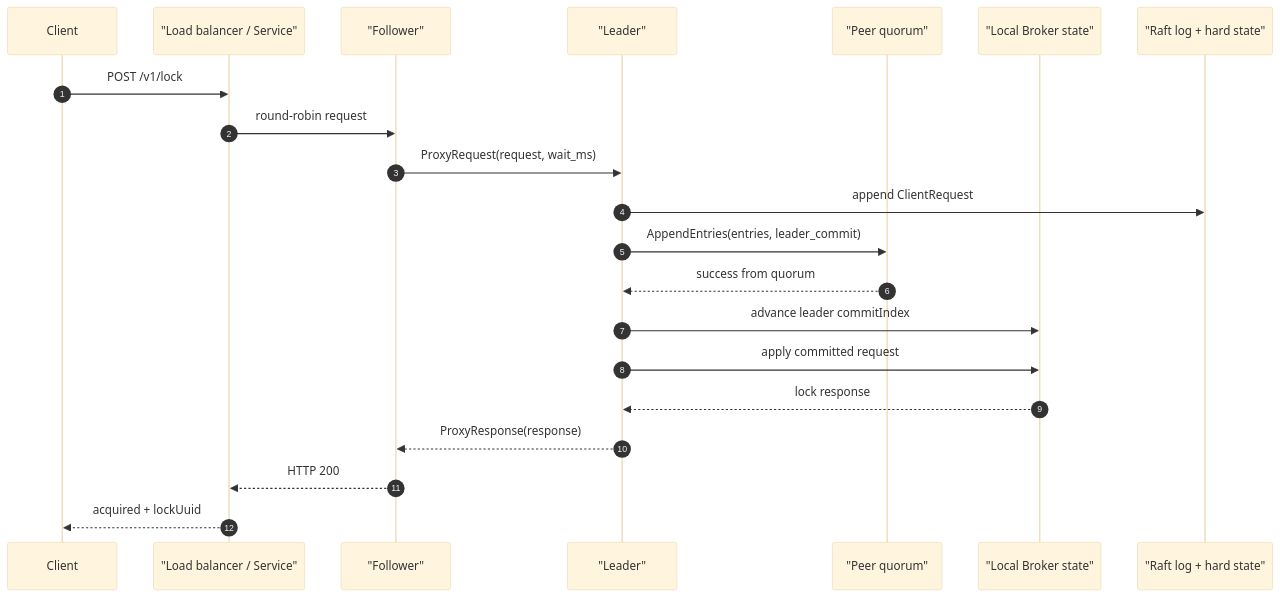
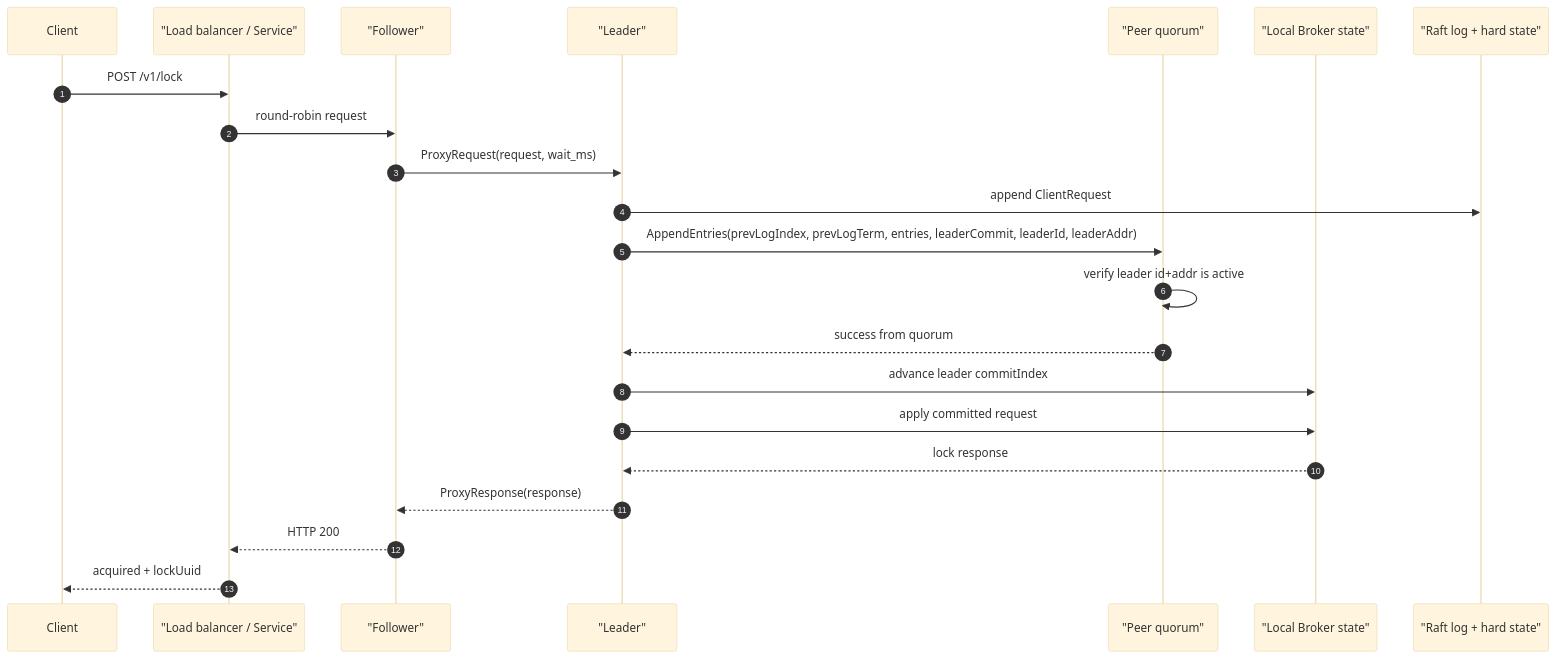
The second of 4 diagrams in docs/raft.md (ORESoftware/live-mutex-rs), drawn with Mermaid (base theme) before and after one commit. The commit also changed other lines of this file and 2 other files, not shown here.

````diff
--- a/docs/raft.md
+++ b/docs/raft.md
@@ -881,24 +897,25 @@
 ```mermaid
 sequenceDiagram
   autonumber
   participant Client
   participant LB as "Load balancer / Service"
   participant F as "Follower"
   participant L as "Leader"
   participant P as "Peer quorum"
   participant B as "Local Broker state"
   participant Disk as "Raft log + hard state"
 
   Client->>LB: POST /v1/lock
   LB->>F: round-robin request
   F->>L: ProxyRequest(request, wait_ms)
   L->>Disk: append ClientRequest
-  L->>P: AppendEntries(entries, leader_commit)
+  L->>P: AppendEntries(prevLogIndex, prevLogTerm, entries, leaderCommit, leaderId, leaderAddr)
+  P->>P: verify leader id+addr is active
   P-->>L: success from quorum
   L->>B: advance leader commitIndex
   L->>B: apply committed request
   B-->>L: lock response
   L-->>F: ProxyResponse(response)
   F-->>LB: HTTP 200
   LB-->>Client: acquired + lockUuid
 ```
````
